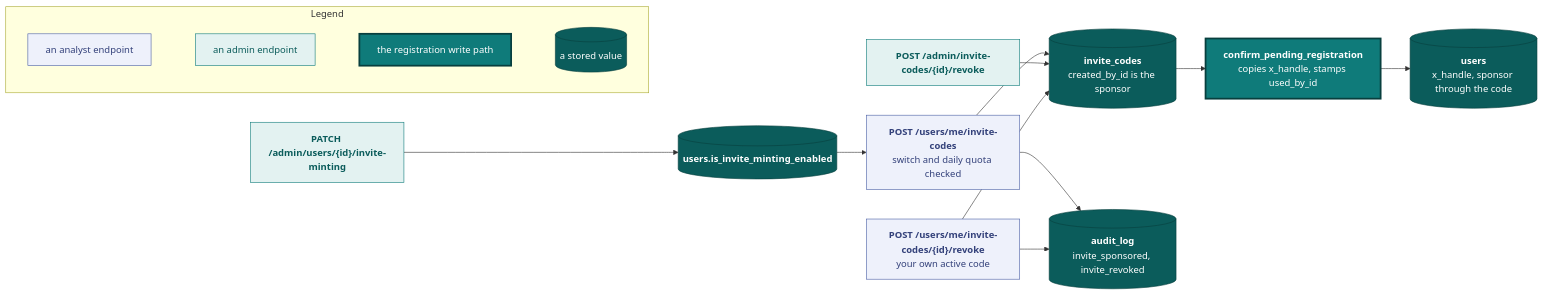
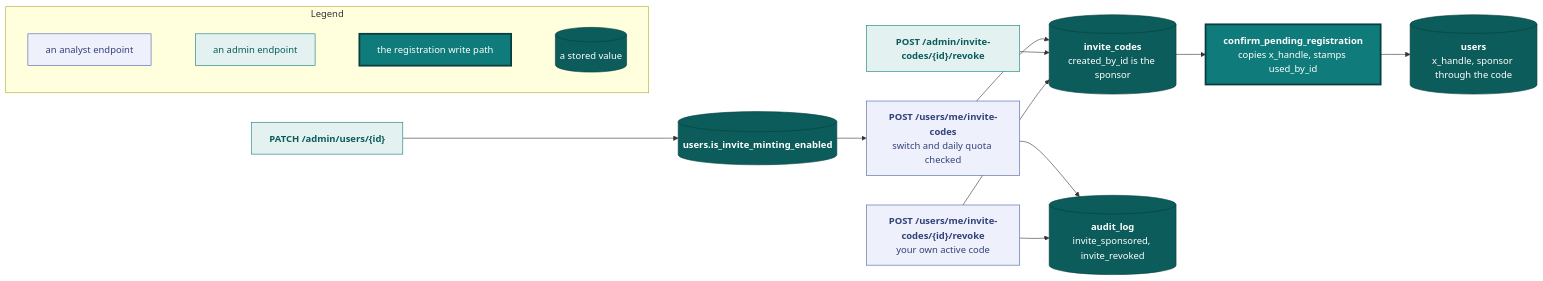
The seventh of 9 diagrams in docs/api.md (vidithq/vidit), drawn with Mermaid before and after one commit. The commit also changed other lines of this file and 14 other files, not shown here.

First line of the commit message:
refactor(api): merge the admin user settings into PATCH /admin/users/{id}

````diff
--- a/docs/api.md
+++ b/docs/api.md
@@ -3259,42 +3258,42 @@
 ```mermaid
 flowchart LR
   classDef spec fill:#eef1fb,stroke:#4a5fa5,color:#33417a
   classDef shared fill:#e3f2f1,stroke:#0f7b7a,color:#0b5c5b
   classDef core fill:#0f7b7a,stroke:#083f3e,stroke-width:3px,color:#ffffff
   classDef store fill:#0b5c5b,stroke:#083f3e,color:#ffffff
 
   subgraph legend [Legend]
     direction LR
     l1["`an analyst endpoint`"]:::spec
     l2["`an admin endpoint`"]:::shared
     l3["`the registration write path`"]:::core
     l4[("`a stored value`")]:::store
     l1 ~~~ l2 ~~~ l3 ~~~ l4
   end
 
   mint["`**POST /users/me/invite-codes**
   switch and daily quota checked`"]:::spec
-  switch["`**PATCH /admin/users/{id}/invite-minting**`"]:::shared
+  switch["`**PATCH /admin/users/{id}**`"]:::shared
   revoke["`**POST /admin/invite-codes/{id}/revoke**`"]:::shared
   selfrevoke["`**POST /users/me/invite-codes/{id}/revoke**
   your own active code`"]:::spec
   flag[("`**users.is_invite_minting_enabled**`")]:::store
   code[("`**invite_codes**
   created_by_id is the sponsor`")]:::store
   audit[("`**audit_log**
   invite_sponsored, invite_revoked`")]:::store
   confirm["`**confirm_pending_registration**
   copies x_handle, stamps used_by_id`"]:::core
   account[("`**users**
   x_handle, sponsor through the code`")]:::store
 
   switch --> flag
   flag --> mint
   mint --> code
   mint --> audit
   revoke --> code
   selfrevoke --> code
   selfrevoke --> audit
   code --> confirm
   confirm --> account
 ```
````
